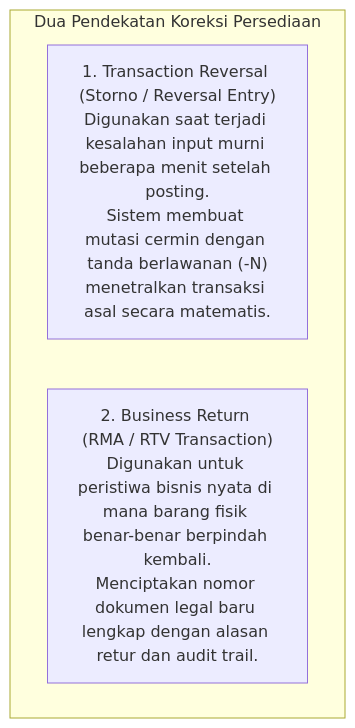
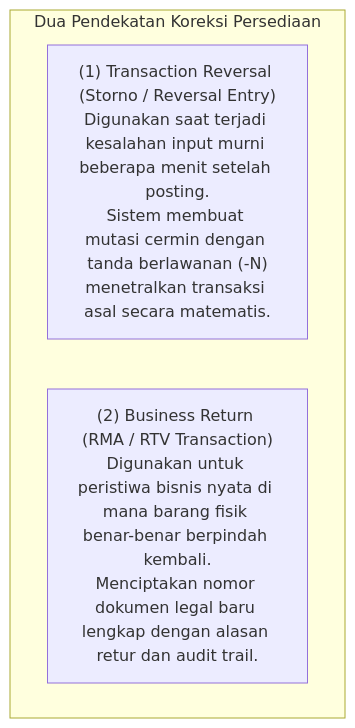
Before and after one commit to alimurrofid/erp-notes: the third of 3 diagrams in content/05-inventory/inventory-return-and-reversal.md, drawn with Mermaid. The commit also changed other lines of this file and 132 other files, not shown here.

````diff
--- a/content/05-inventory/inventory-return-and-reversal.md
+++ b/content/05-inventory/inventory-return-and-reversal.md
@@ -95,7 +95,7 @@
 ```mermaid
 flowchart TD
     subgraph CorrectionTypes["Dua Pendekatan Koreksi Persediaan"]
-        Rev["1. Transaction Reversal (Storno / Reversal Entry)<br/>Digunakan saat terjadi kesalahan input murni beberapa menit setelah posting.<br/>Sistem membuat mutasi cermin dengan tanda berlawanan (-N)<br/>menetralkan transaksi asal secara matematis."]
-        Ret["2. Business Return (RMA / RTV Transaction)<br/>Digunakan untuk peristiwa bisnis nyata di mana barang fisik benar-benar berpindah kembali.<br/>Menciptakan nomor dokumen legal baru lengkap dengan alasan retur dan audit trail."]
+        Rev["(1) Transaction Reversal (Storno / Reversal Entry)<br/>Digunakan saat terjadi kesalahan input murni beberapa menit setelah posting.<br/>Sistem membuat mutasi cermin dengan tanda berlawanan (-N)<br/>menetralkan transaksi asal secara matematis."]
+        Ret["(2) Business Return (RMA / RTV Transaction)<br/>Digunakan untuk peristiwa bisnis nyata di mana barang fisik benar-benar berpindah kembali.<br/>Menciptakan nomor dokumen legal baru lengkap dengan alasan retur dan audit trail."]
     end
 ```
````
